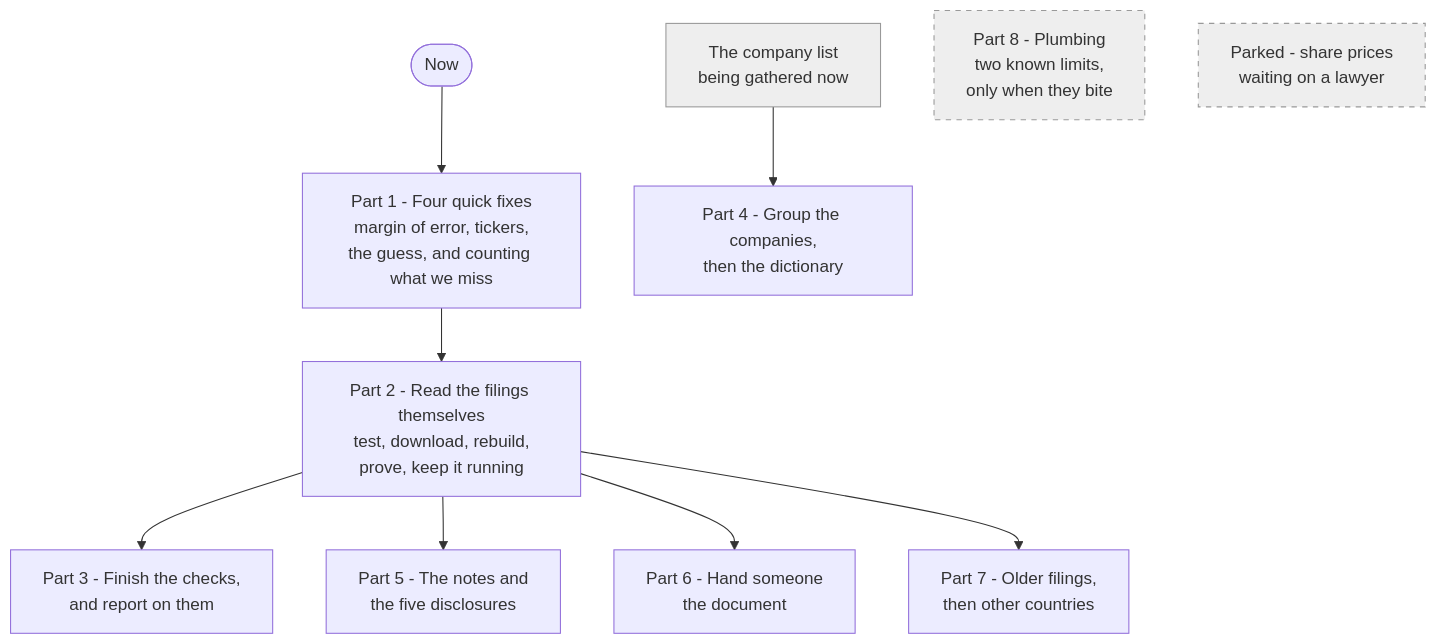
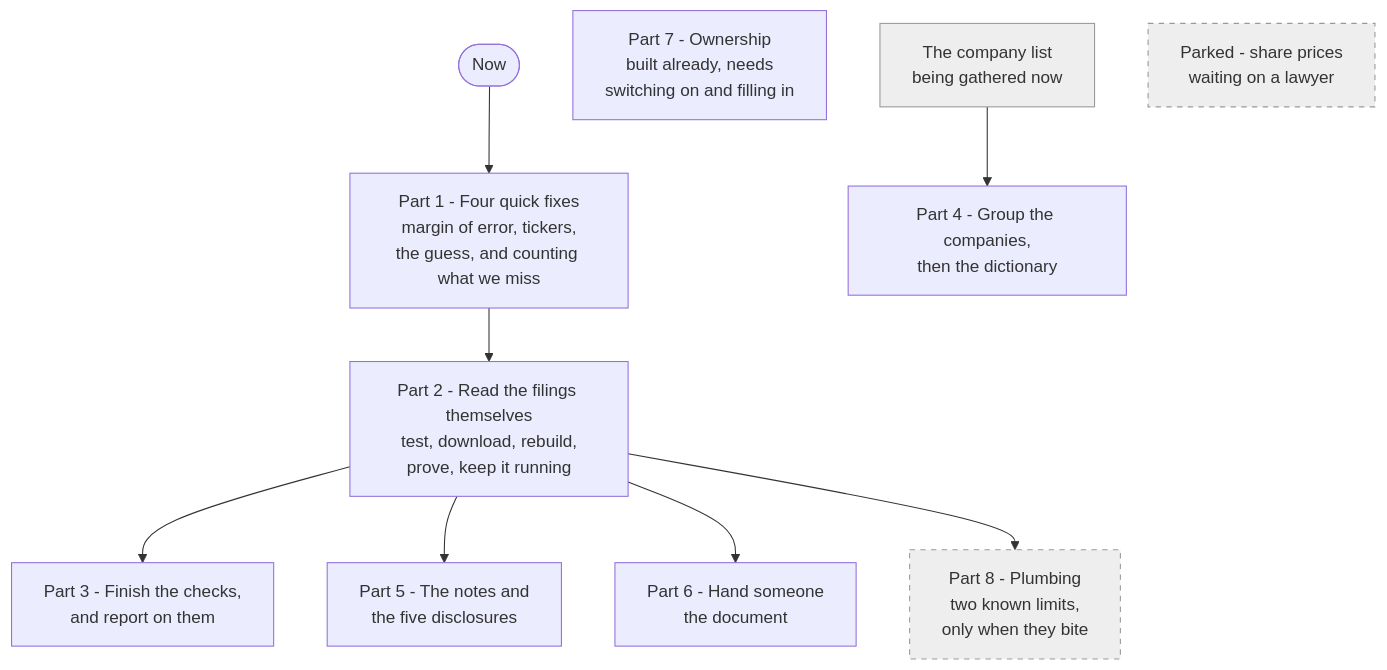
One commit to g784dwcd2r-crypto/H changed the third of 41 diagrams in docs/steps.md. Above: the diagram before and after it, drawn with Mermaid. The commit also changed other lines of this file, not shown here.

First line of the commit message:
Steps: add ownership, the data stream that was missing entirely

````diff
--- a/docs/steps.md
+++ b/docs/steps.md
@@ -49,15 +49,16 @@
 ```mermaid
 flowchart TD
     START([Now]) --> P1["Part 1 - Four quick fixes<br/>margin of error, tickers,<br/>the guess, and counting what we miss"]
     P1 --> P2["Part 2 - Read the filings themselves<br/>test, download, rebuild,<br/>prove, keep it running"]
     P2 --> P3["Part 3 - Finish the checks,<br/>and report on them"]
     P2 --> P5["Part 5 - The notes and<br/>the five disclosures"]
     P2 --> P6["Part 6 - Hand someone<br/>the document"]
-    P2 --> P7["Part 7 - Older filings,<br/>then other countries"]
+    P2 --> P8["Part 8 - Older filings,<br/>then other countries"]
+    OWN["Part 7 - Ownership<br/>built already, needs<br/>switching on and filling in"]
     LIST["The company list<br/>being gathered now"] --> P4["Part 4 - Group the companies,<br/>then the dictionary"]
     P8["Part 8 - Plumbing<br/>two known limits,<br/>only when they bite"]
     PARK["Parked - share prices<br/>waiting on a lawyer"]
     style PARK fill:#eeeeee,stroke:#999999,stroke-dasharray: 5 5
     style LIST fill:#eeeeee,stroke:#999999
     style P8 fill:#eeeeee,stroke:#999999,stroke-dasharray: 5 5
 ```
````
